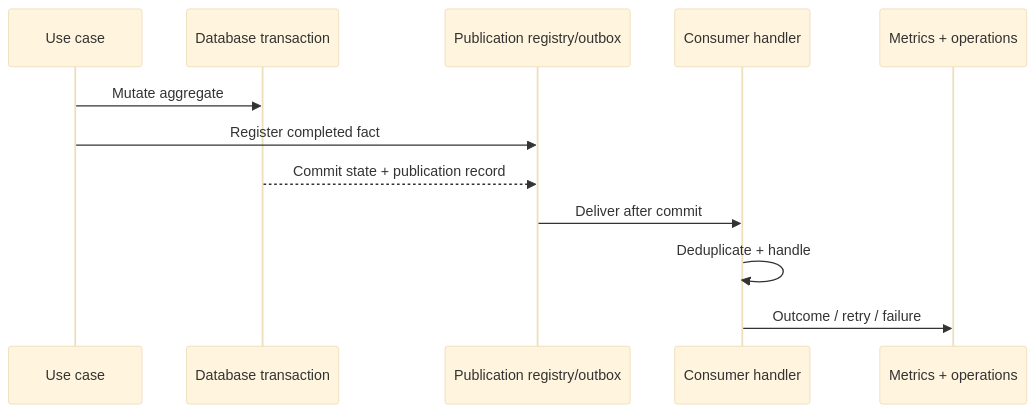
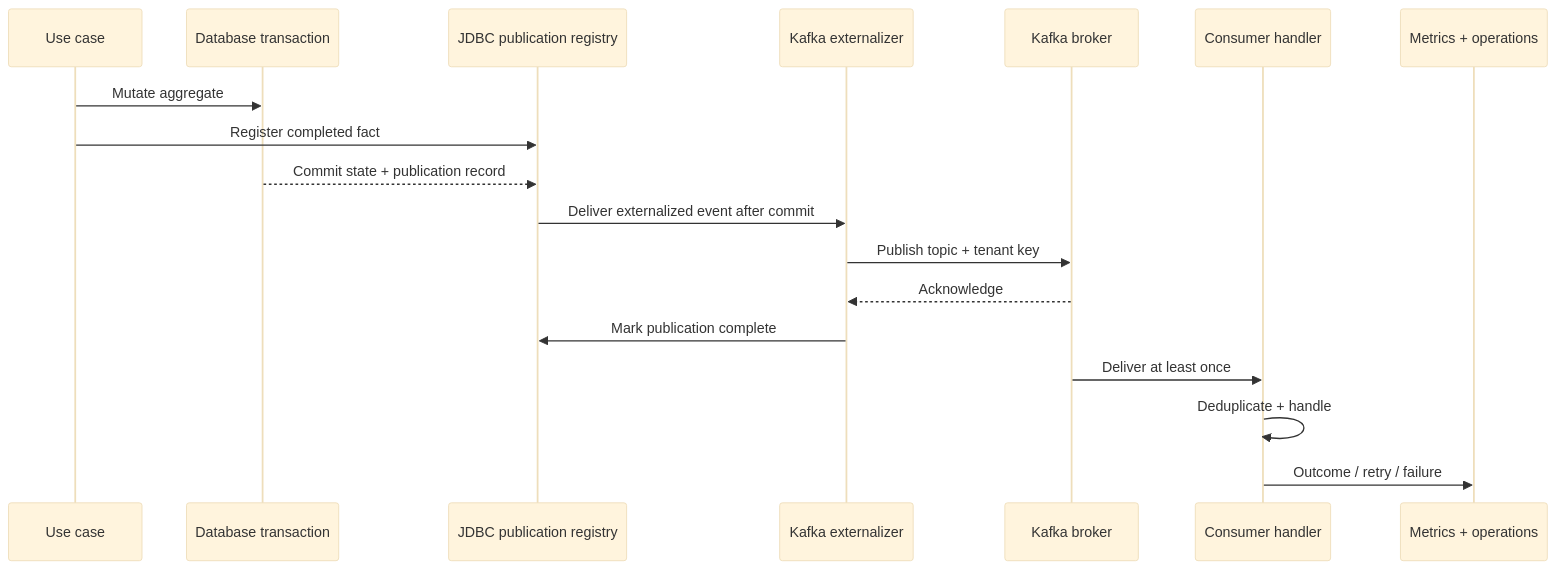
The second of 2 diagrams in docs/architecture/01-backend/events.md (migangdelzar/emme-service), drawn with Mermaid (base theme) before and after one commit. The commit also changed other lines of this file and 36 other files, not shown here.

````diff
--- a/docs/architecture/01-backend/events.md
+++ b/docs/architecture/01-backend/events.md
@@ -50,15 +72,21 @@
 ```mermaid
 sequenceDiagram
     participant U as Use case
     participant TX as Database transaction
-    participant REG as Publication registry/outbox
+    participant REG as JDBC publication registry
+    participant K as Kafka externalizer
+    participant B as Kafka broker
     participant H as Consumer handler
     participant OBS as Metrics + operations
 
     U->>TX: Mutate aggregate
     U->>REG: Register completed fact
     TX-->>REG: Commit state + publication record
-    REG->>H: Deliver after commit
+    REG->>K: Deliver externalized event after commit
+    K->>B: Publish topic + tenant key
+    B-->>K: Acknowledge
+    K->>REG: Mark publication complete
+    B->>H: Deliver at least once
     H->>H: Deduplicate + handle
     H->>OBS: Outcome / retry / failure
 ```
````
